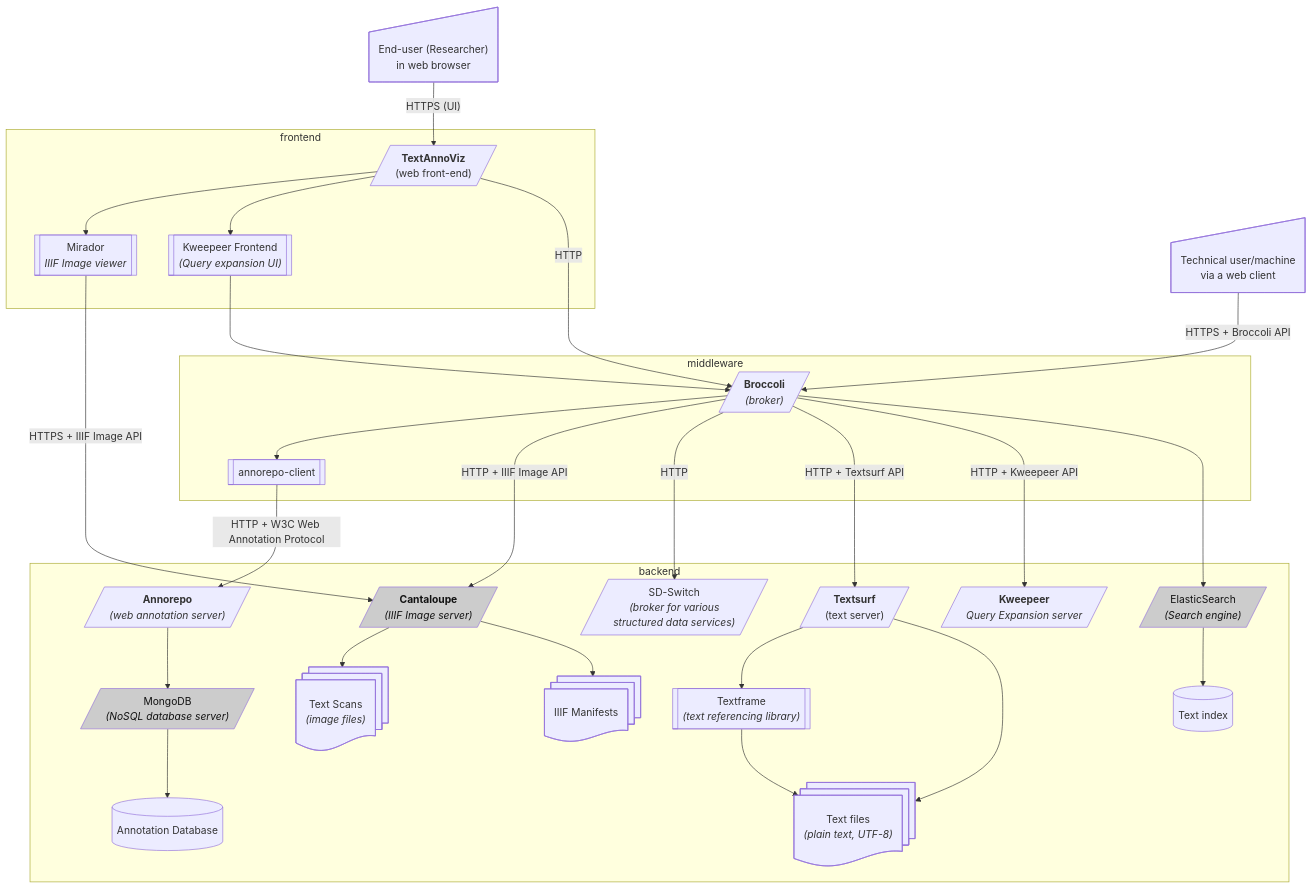
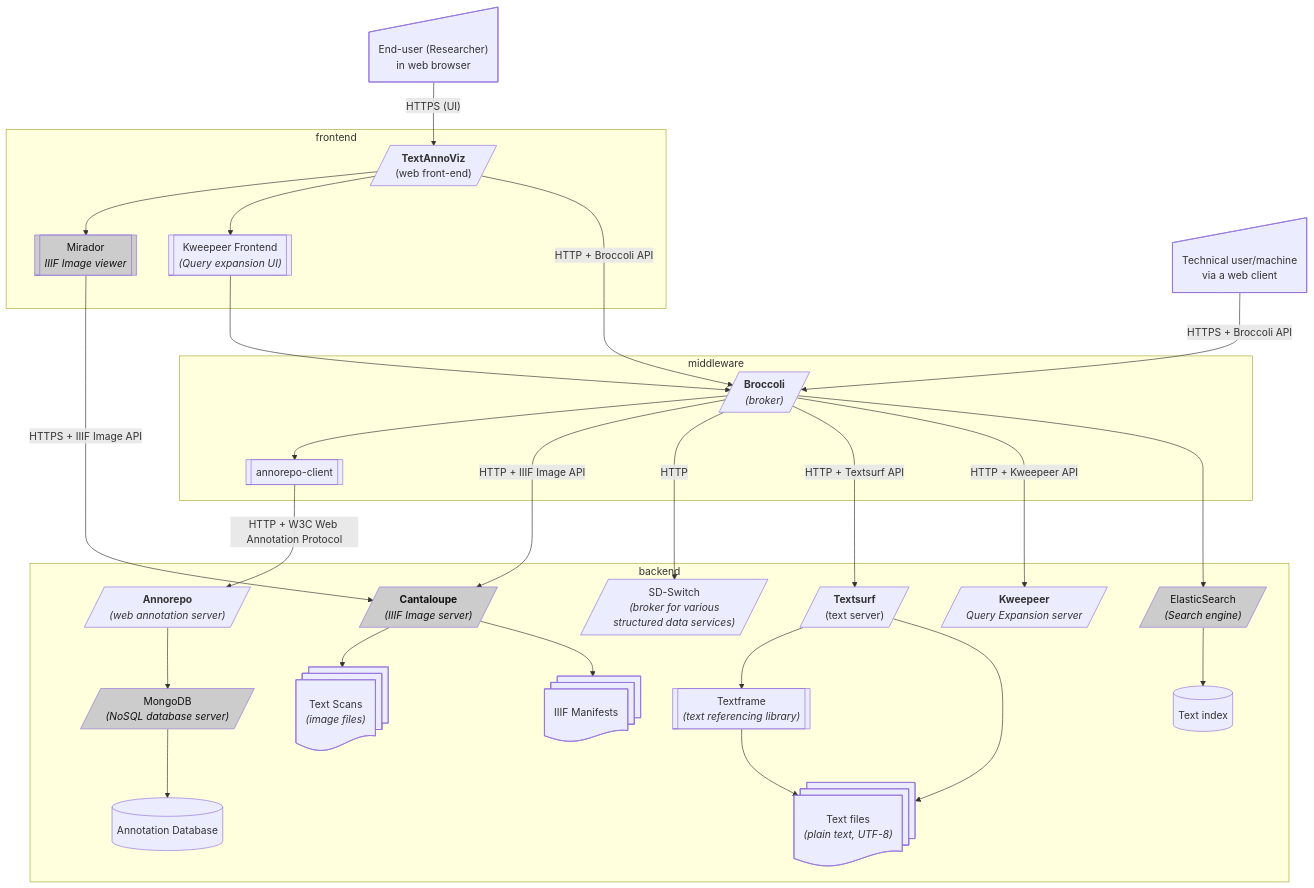
Before and after one commit to knaw-huc/tt-architecture: the second of 3 diagrams in README.md, drawn with Mermaid. The commit also changed other lines of this file, not shown here.

````diff
--- a/README.md
+++ b/README.md
@@ -92,71 +97,71 @@
 ```{.mermaid format=svg}
 flowchart TD
 
 
     user@{ shape: sl-rect, label: "End-user (Researcher)<br>in web browser"}
     user -- "HTTPS (UI)" --> textannoviz
     subgraph frontend
         textannoviz[/"<b>TextAnnoViz</b><br>(web front-end)"/]
         mirador@{shape: subproc, label: "Mirador<br><i>IIIF Image viewer</i>"}
         kweepeerfrontend@{shape: subproc, label: "Kweepeer Frontend<br><i>(Query expansion UI)</i>"}
         textannoviz --> mirador
         textannoviz --> kweepeerfrontend
     end
 
     techuser@{ shape: sl-rect, label: "Technical user/machine<br>via a web client"}
 
     techuser -- "HTTPS + Broccoli API" --> broccoli
     subgraph middleware
-        textannoviz -- HTTP --> broccoli
+        textannoviz -- "HTTP + Broccoli API" --> broccoli
         broccoli[/"<b>Broccoli</b><br><i>(broker)</i>"/]
 
         broccoli_annorepoclient@{shape: subproc, label: "annorepo-client"}
         broccoli --> broccoli_annorepoclient 
 
         kweepeerfrontend --> broccoli
     end
 
 
     subgraph backend
     
         annorepo[/"<b>Annorepo</b><br><i>(web annotation server)</i>"/]
         mongodb[/"MongoDB<br><i>(NoSQL database server)</i>"/]
         annorepo_db[("Annotation Database")]
         annorepo --> mongodb --> annorepo_db
 
         elasticsearch[/"ElasticSearch<br><i>(Search engine)</i>"/]
         textindex[("Text index")]
         texts@{ shape: docs, label: "Text files<br><i>(plain text, UTF-8)</i>"}
         textscans@{ shape: docs, label: "Text Scans<br><i>(image files)</i>"}
 
         textsurf[/"<b>Textsurf</b><br>(text server)"/]
         textframe@{shape: subproc, label: "Textframe<br><i>(text referencing library)</i>"}
 
 
         cantaloupe[/"<b>Cantaloupe</b><br><i>(IIIF Image server)</i>"/]
         manifests@{ shape: docs, label: "IIIF Manifests"}
         cantaloupe --> textscans
         cantaloupe --> manifests
 
         kweepeer[/"<b>Kweepeer</b><br><i>Query Expansion server</i>"/]
 
         sdswitch[/"SD-Switch<br><i>(broker for various<br>structured data services)</i>"/]
 
         broccoli_annorepoclient -- "HTTP + W3C Web Annotation Protocol" --> annorepo
         broccoli -- "HTTP + IIIF Image API" --> cantaloupe
         broccoli -- "HTTP" --> sdswitch
         broccoli -- "HTTP + Textsurf API" --> textsurf
         broccoli -- "HTTP + Kweepeer API" --> kweepeer
 
         broccoli --> elasticsearch --> textindex
 
         textsurf --> textframe -->  texts
         textsurf --> texts
 
         mirador -- "HTTPS + IIIF Image API" --> cantaloupe
     end
 
 
     classDef thirdparty fill:#ccc,color:#111
-    class cantaloupe,mongodb,elasticsearch thirdparty
+    class cantaloupe,mongodb,elasticsearch,postgresql,mirador thirdparty
 ```
````
